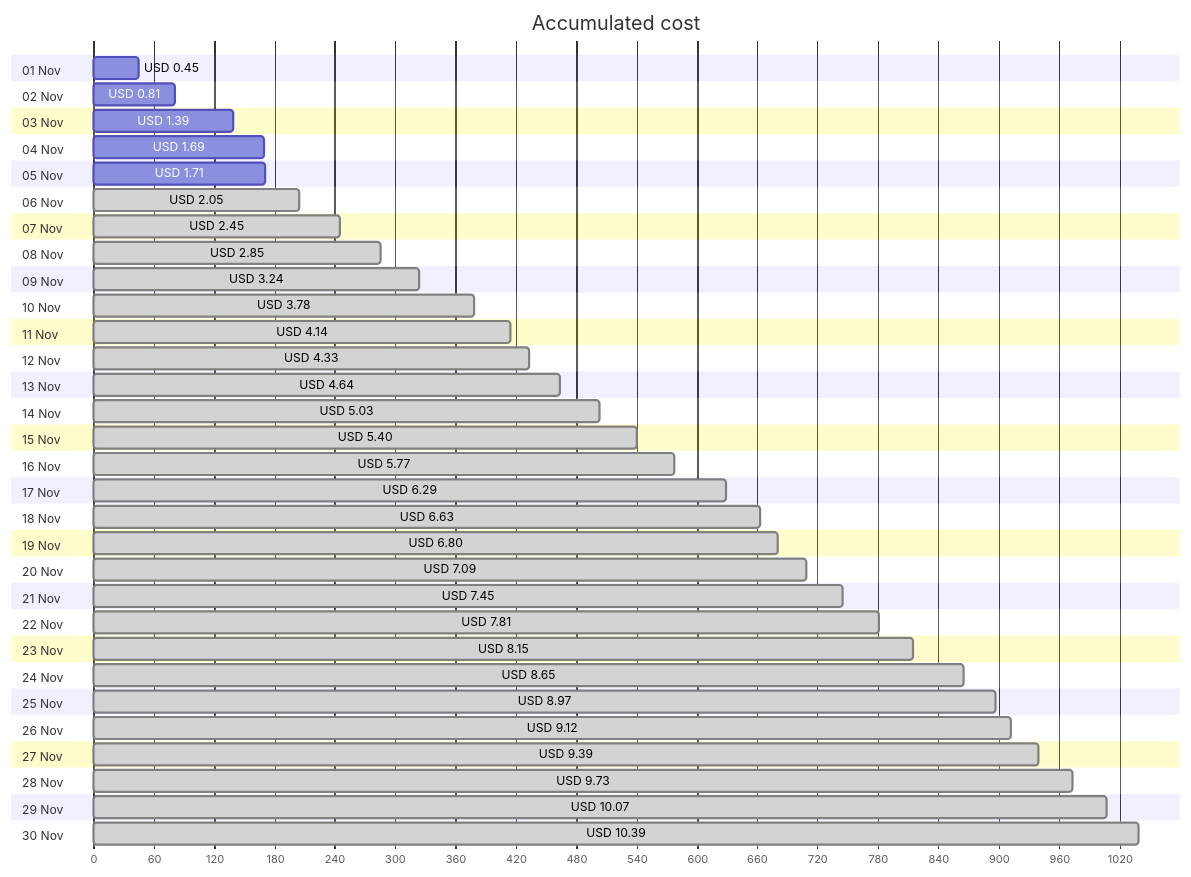
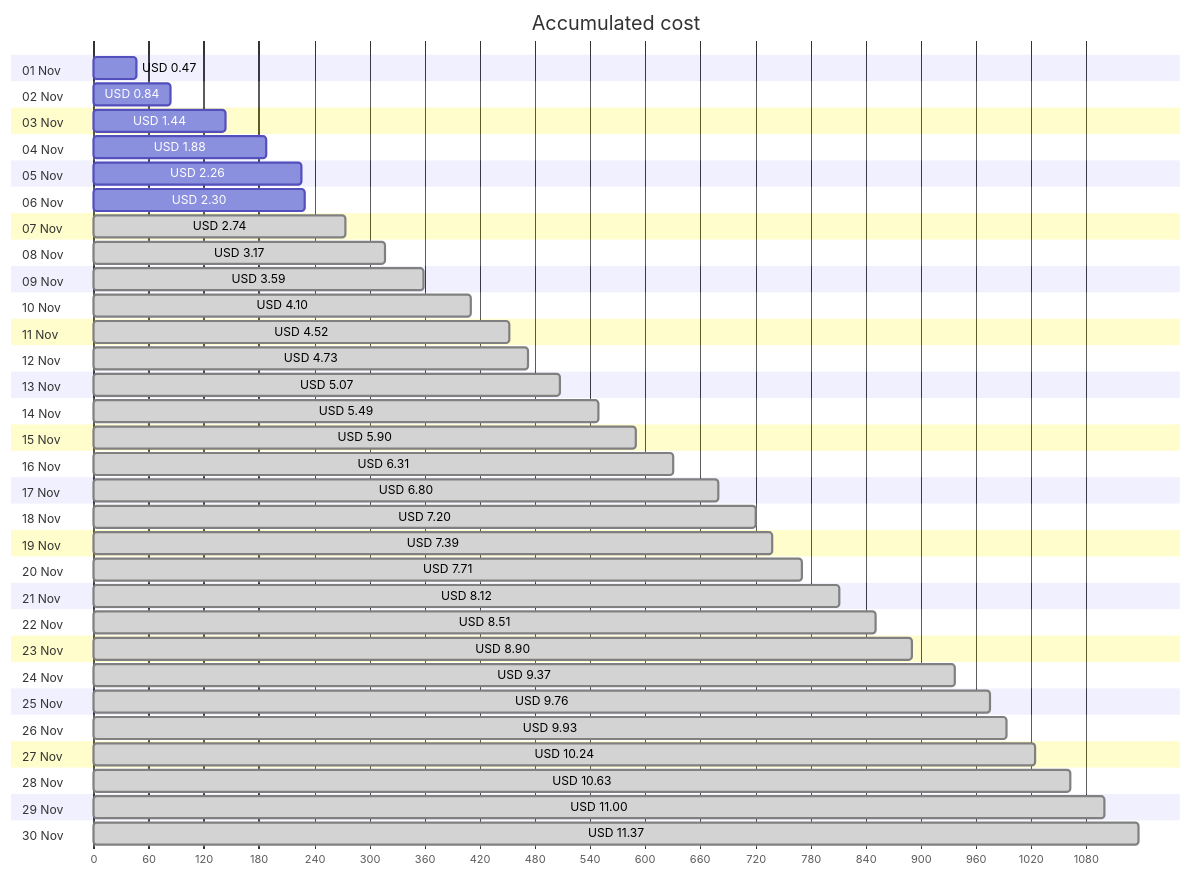
One commit to jpfulton/azure-personal-reports changed the first of 4 diagrams in cost-reports/personal-network/vpn-server.md. Above: the diagram before and after it, drawn with Mermaid. The commit also changed other lines of this file and 8 other files, not shown here.

````diff
--- a/cost-reports/personal-network/vpn-server.md
+++ b/cost-reports/personal-network/vpn-server.md
@@ -20,66 +20,66 @@
 ```mermaid
 gantt
    title Accumulated cost
    dateFormat  X
    axisFormat %s
    section 01 Nov
-   USD 0.45 :0, 45
+   USD 0.47 :0, 47
    section 02 Nov
-   USD 0.81 :0, 81
+   USD 0.84 :0, 84
    section 03 Nov
-   USD 1.39 :0, 139
+   USD 1.44 :0, 144
    section 04 Nov
-   USD 1.69 :0, 169
+   USD 1.88 :0, 188
    section 05 Nov
-   USD 1.71 :0, 171
+   USD 2.26 :0, 226
    section 06 Nov
-   USD 2.05 : done, 0, 205
+   USD 2.30 :0, 230
    section 07 Nov
-   USD 2.45 : done, 0, 245
+   USD 2.74 : done, 0, 274
    section 08 Nov
-   USD 2.85 : done, 0, 285
+   USD 3.17 : done, 0, 317
    section 09 Nov
-   USD 3.24 : done, 0, 324
+   USD 3.59 : done, 0, 359
    section 10 Nov
-   USD 3.78 : done, 0, 378
+   USD 4.10 : done, 0, 410
    section 11 Nov
-   USD 4.14 : done, 0, 414
+   USD 4.52 : done, 0, 452
    section 12 Nov
-   USD 4.33 : done, 0, 433
+   USD 4.73 : done, 0, 473
    section 13 Nov
-   USD 4.64 : done, 0, 464
+   USD 5.07 : done, 0, 507
    section 14 Nov
-   USD 5.03 : done, 0, 503
+   USD 5.49 : done, 0, 549
    section 15 Nov
-   USD 5.40 : done, 0, 540
+   USD 5.90 : done, 0, 590
    section 16 Nov
-   USD 5.77 : done, 0, 577
+   USD 6.31 : done, 0, 631
    section 17 Nov
-   USD 6.29 : done, 0, 629
+   USD 6.80 : done, 0, 680
    section 18 Nov
-   USD 6.63 : done, 0, 663
+   USD 7.20 : done, 0, 720
    section 19 Nov
-   USD 6.80 : done, 0, 680
+   USD 7.39 : done, 0, 739
    section 20 Nov
-   USD 7.09 : done, 0, 709
+   USD 7.71 : done, 0, 771
    section 21 Nov
-   USD 7.45 : done, 0, 745
+   USD 8.12 : done, 0, 812
    section 22 Nov
-   USD 7.81 : done, 0, 781
+   USD 8.51 : done, 0, 851
    section 23 Nov
-   USD 8.15 : done, 0, 815
+   USD 8.90 : done, 0, 890
    section 24 Nov
-   USD 8.65 : done, 0, 865
+   USD 9.37 : done, 0, 937
    section 25 Nov
-   USD 8.97 : done, 0, 897
+   USD 9.76 : done, 0, 976
    section 26 Nov
-   USD 9.12 : done, 0, 912
+   USD 9.93 : done, 0, 993
    section 27 Nov
-   USD 9.39 : done, 0, 939
+   USD 10.24 : done, 0, 1024
    section 28 Nov
-   USD 9.73 : done, 0, 973
+   USD 10.63 : done, 0, 1063
    section 29 Nov
-   USD 10.07 : done, 0, 1007
+   USD 11.00 : done, 0, 1100
    section 30 Nov
-   USD 10.39 : done, 0, 1039
+   USD 11.37 : done, 0, 1137
 ```
````
